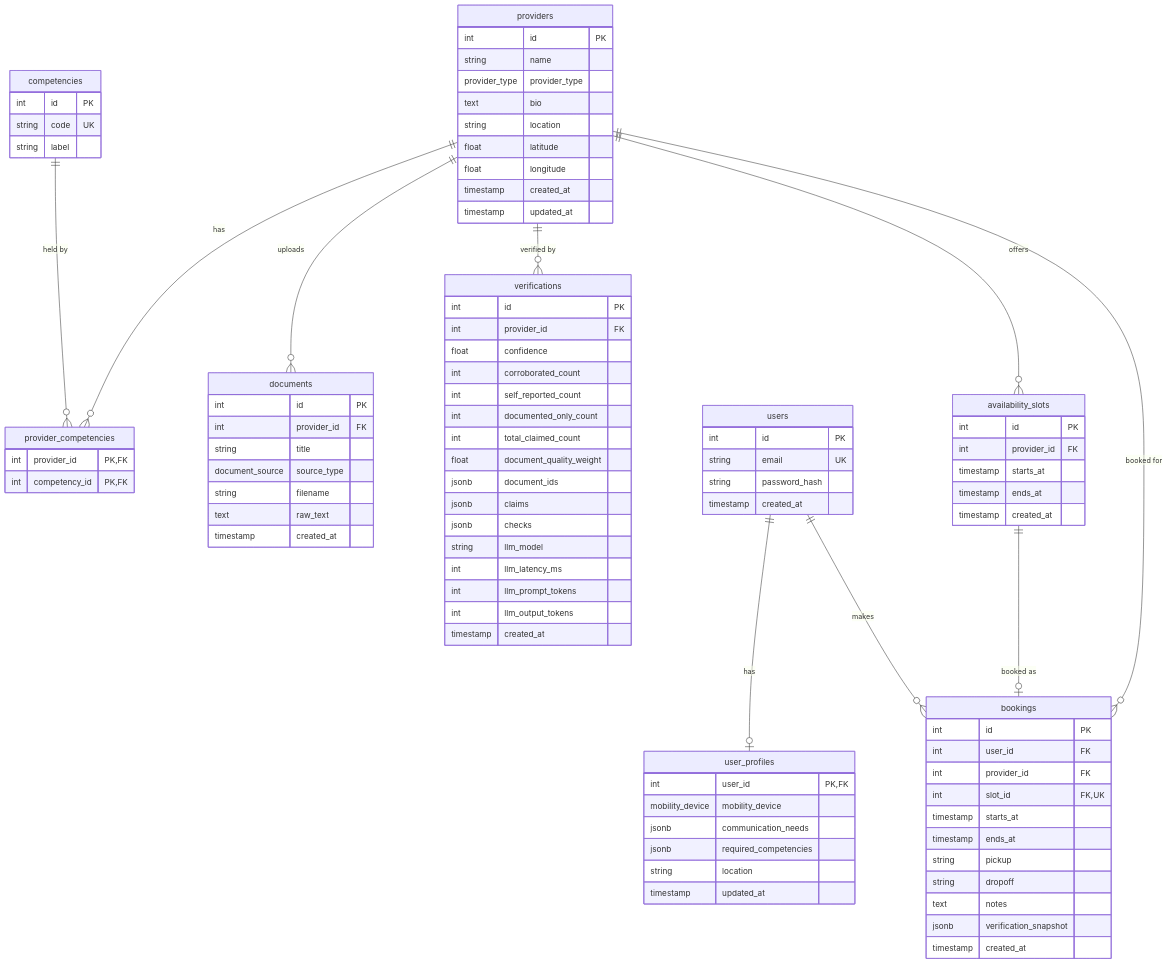
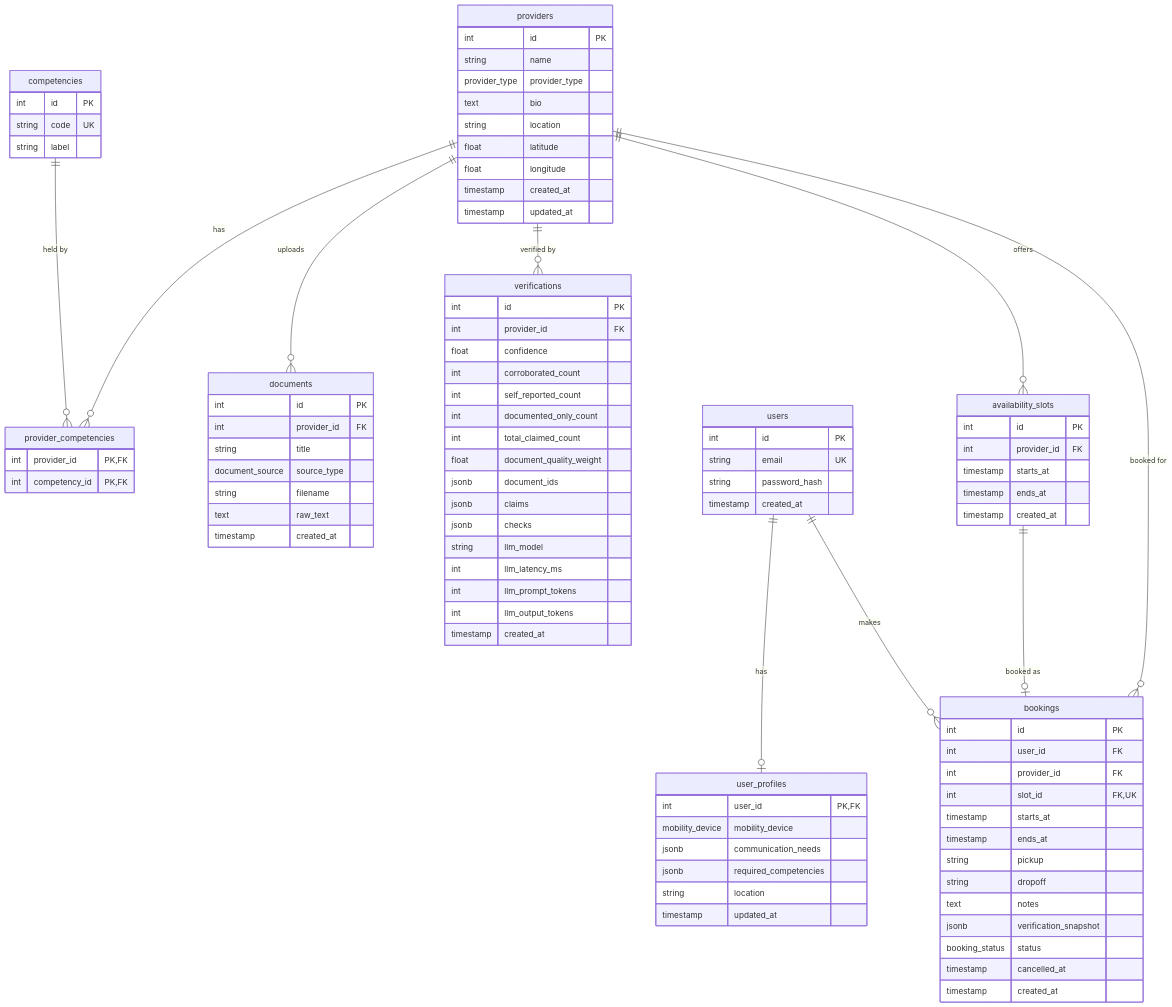
One commit to ernqiteng/Vouch changed the diagram in docs/databaseschema.md. Above: the diagram before and after it, drawn with Mermaid. The commit also changed other lines of this file, not shown here.

Commit message:
docs: add booking status and cancellation to database schema

````diff
--- a/docs/databaseschema.md
+++ b/docs/databaseschema.md
@@ -97,6 +97,8 @@
         string dropoff
         text notes
         jsonb verification_snapshot
+        booking_status status
+        timestamp cancelled_at
         timestamp created_at
     }
 ```
````
